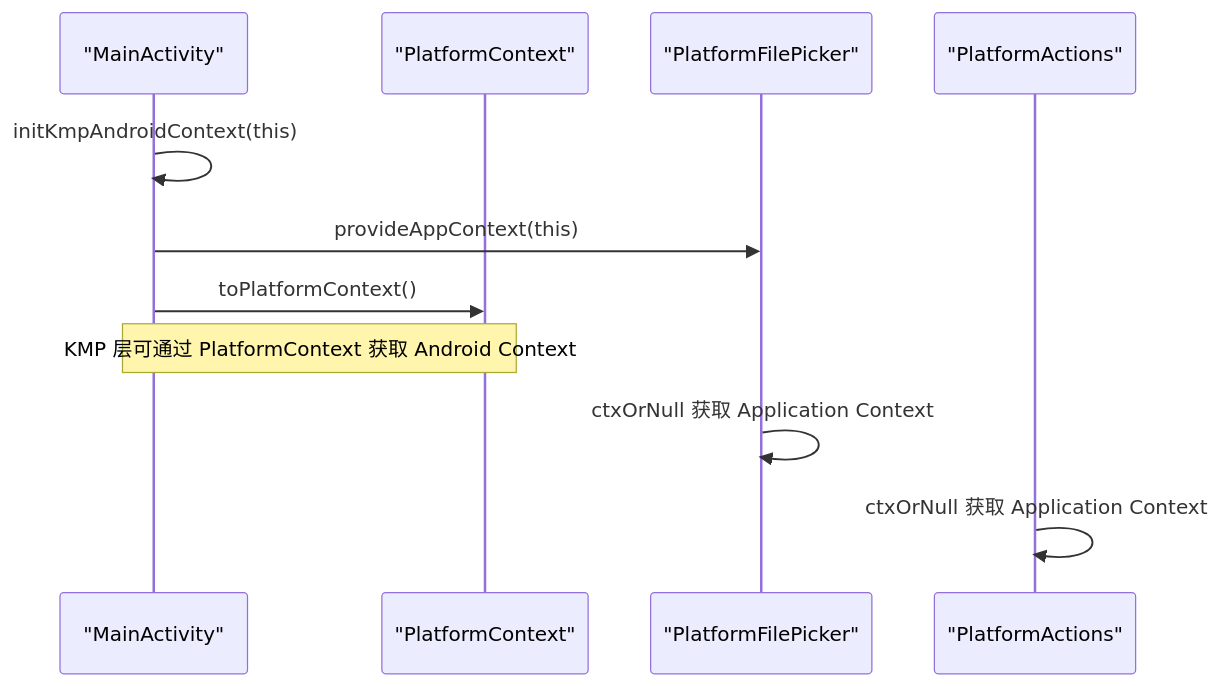
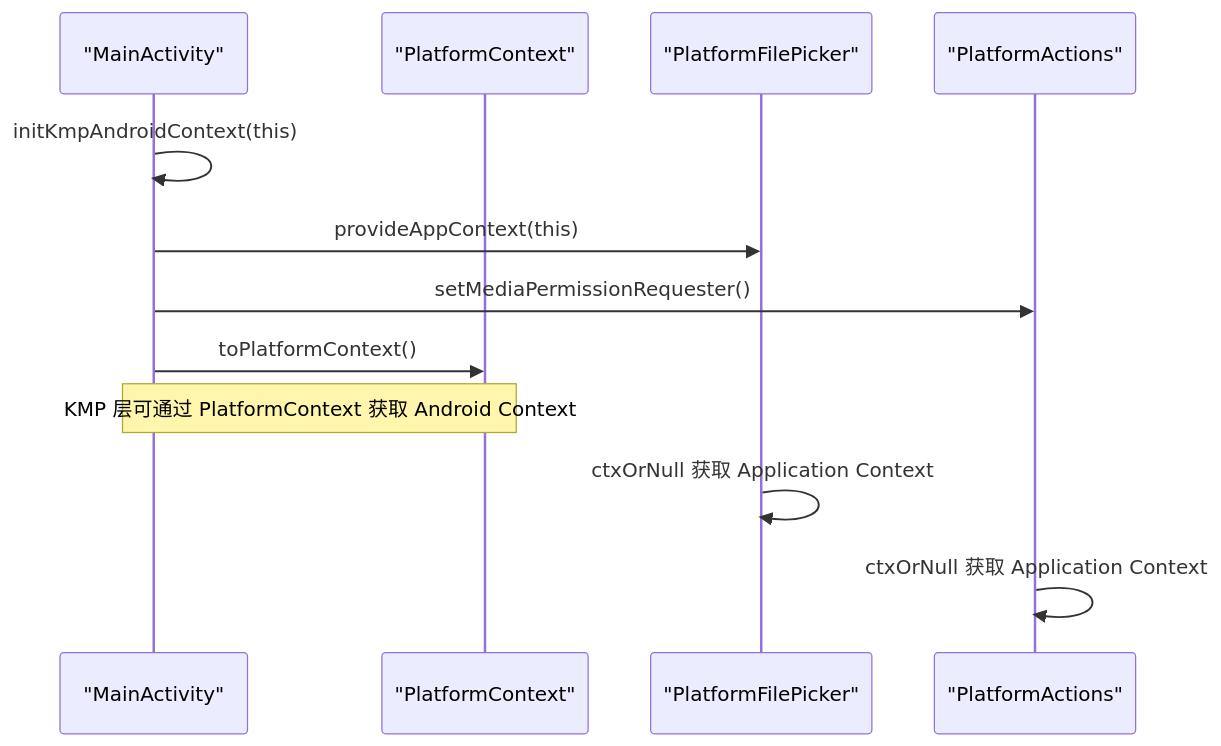
Before and after one commit to Aurora-Nasa-1/CPPlayer-KMP: the fifth of 7 diagrams in .qoder/repowiki/zh/content/平台特定实现/Android 平台实现/Android 平台操作.md, drawn with Mermaid. The commit also changed other lines of this file and 47 other files, not shown here.

````diff
--- a/.qoder/repowiki/zh/content/平台特定实现/Android 平台实现/Android 平台操作.md
+++ b/.qoder/repowiki/zh/content/平台特定实现/Android 平台实现/Android 平台操作.md
@@ -197,13 +232,14 @@
 ```mermaid
 sequenceDiagram
 participant Act as "MainActivity"
 participant PC as "PlatformContext"
 participant PF as "PlatformFilePicker"
 participant PA as "PlatformActions"
 Act->>Act : initKmpAndroidContext(this)
 Act->>PF : provideAppContext(this)
+Act->>PA : setMediaPermissionRequester()
 Act->>PC : toPlatformContext()
 Note over Act,PC : KMP 层可通过 PlatformContext 获取 Android Context
 PF->>PF : ctxOrNull 获取 Application Context
 PA->>PA : ctxOrNull 获取 Application Context
 ```
````
